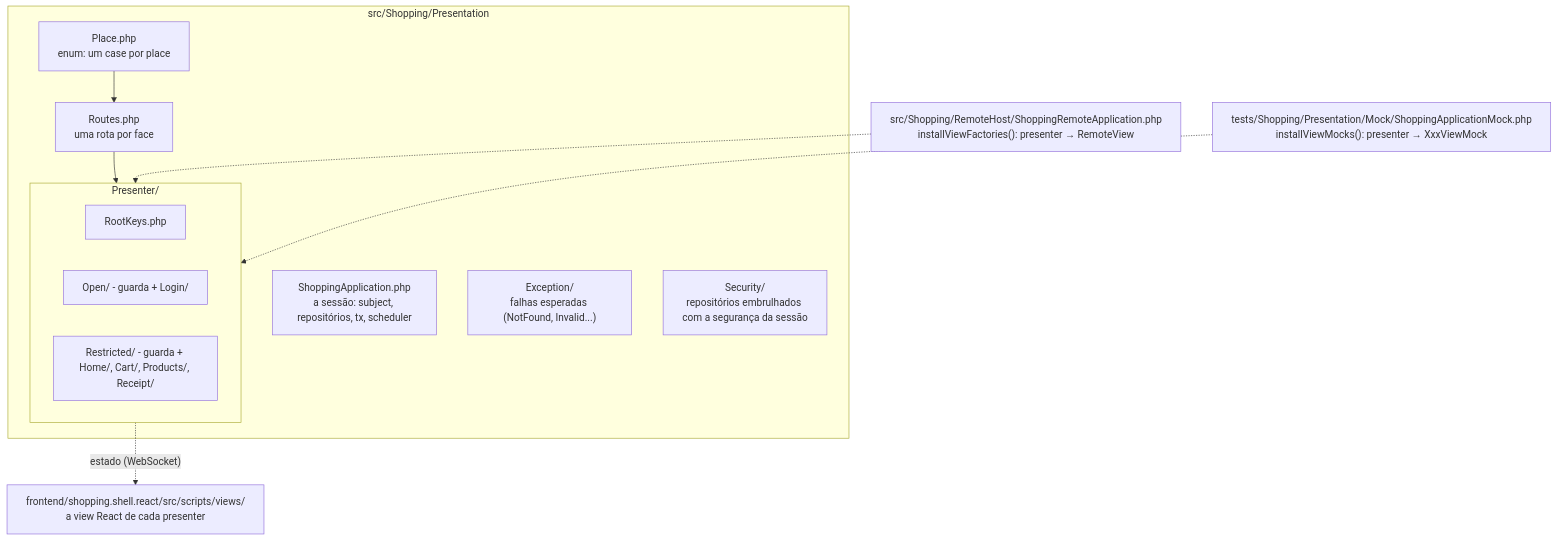
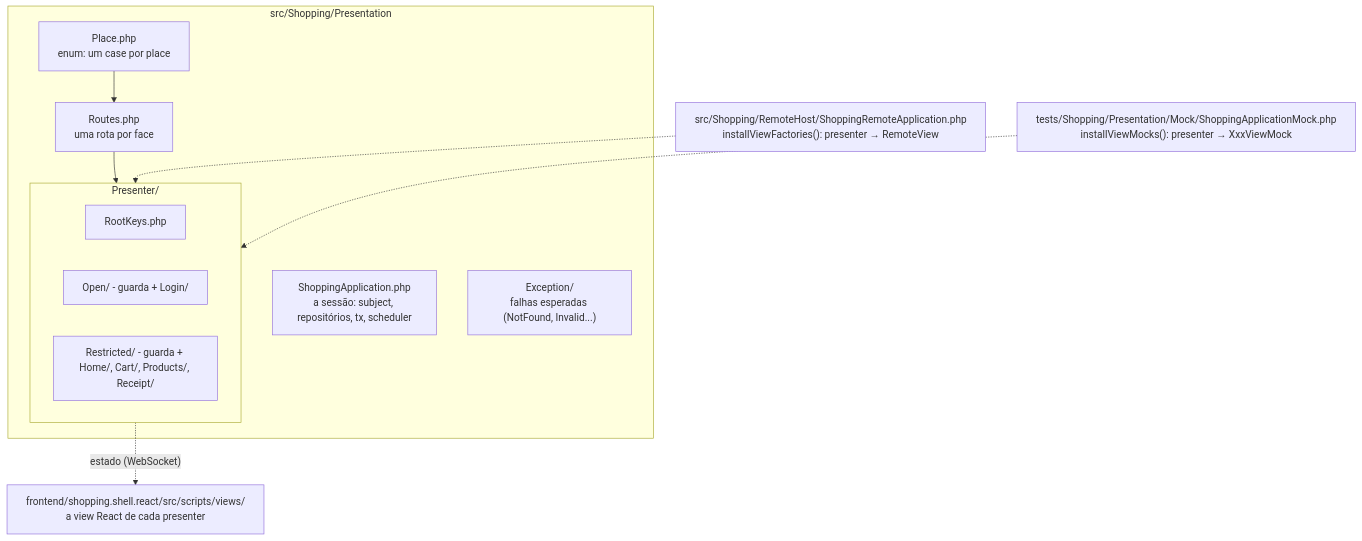
One commit to mrcdom/wdc-cube-php changed the first of 5 diagrams in docs/dev/presentation-module.md. Above: the diagram before and after it, drawn with Mermaid. The commit also changed other lines of this file and 18 other files, not shown here.

````diff
--- a/docs/dev/presentation-module.md
+++ b/docs/dev/presentation-module.md
@@ -66,24 +66,23 @@
 ```mermaid
 flowchart TD
     subgraph pres["src/Shopping/Presentation"]
         place["Place.php<br/>enum: um case por place"]
         routes["Routes.php<br/>uma rota por face"]
         app["ShoppingApplication.php<br/>a sessão: subject, repositórios, tx, scheduler"]
         subgraph presenter["Presenter/"]
             rootk["RootKeys.php"]
             open["Open/ - guarda + Login/"]
             restr["Restricted/ - guarda + Home/, Cart/, Products/, Receipt/"]
         end
         exc["Exception/<br/>falhas esperadas (NotFound, Invalid...)"]
-        sec["Security/<br/>repositórios embrulhados com a segurança da sessão"]
     end
     host["src/Shopping/RemoteHost/ShoppingRemoteApplication.php<br/>installViewFactories(): presenter → RemoteView"]
     mock["tests/Shopping/Presentation/Mock/ShoppingApplicationMock.php<br/>installViewMocks(): presenter → XxxViewMock"]
     react["frontend/shopping.shell.react/src/scripts/views/<br/>a view React de cada presenter"]
 
     place --> routes
     routes --> presenter
     host -.-> presenter
     mock -.-> presenter
     presenter -. "estado (WebSocket)" .-> react
 ```
````
